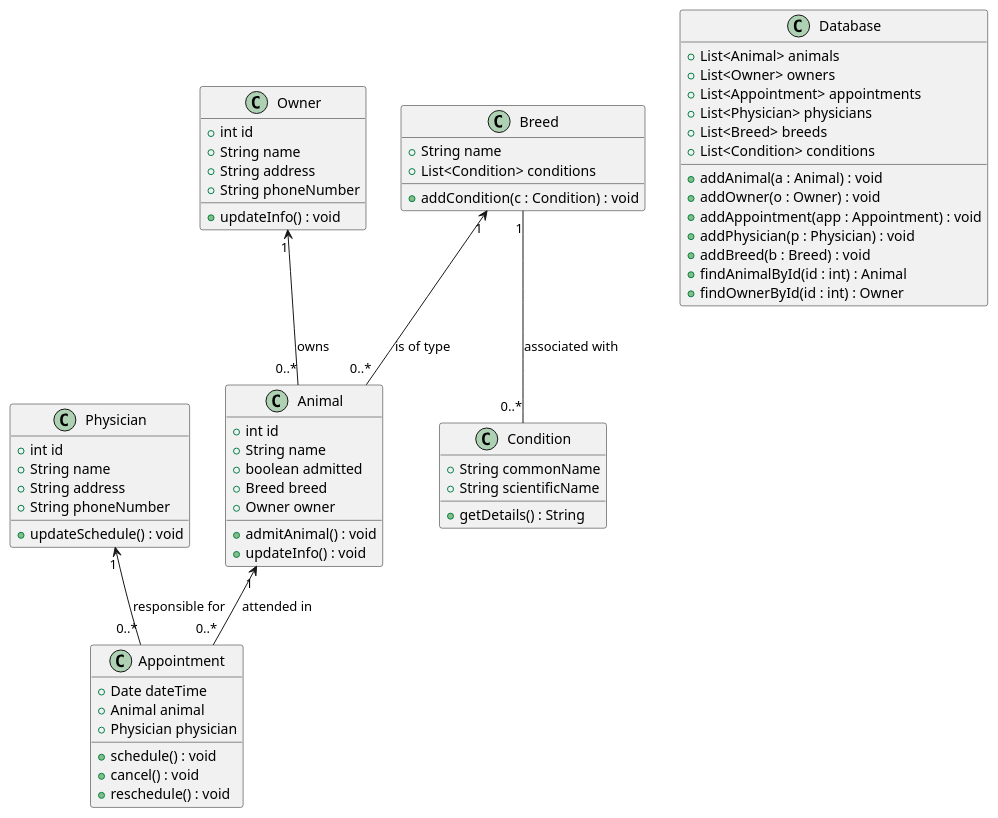
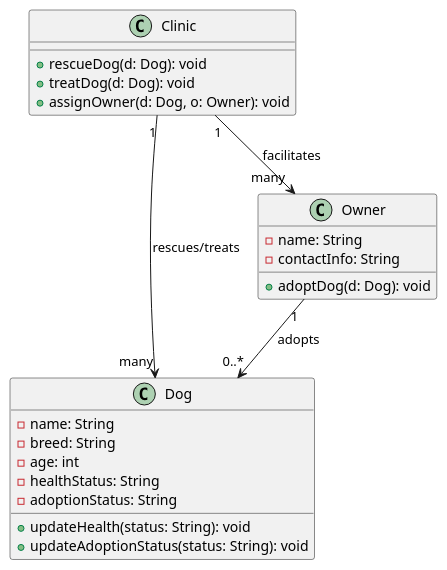
Before and after one commit to RayWP/pfsa-id: the diagram in survey-ud/gen-r-ent-o3-mini/R28_AnimalClinic_class_diagram.puml, drawn with PlantUML. The commit also changed 40 other files, not shown here.

```diff
--- a/survey-ud/gen-r-ent-o3-mini/R28_AnimalClinic_class_diagram.puml
+++ b/survey-ud/gen-r-ent-o3-mini/R28_AnimalClinic_class_diagram.puml
@@ -1,84 +1,33 @@
 @startuml
-' Define classes
 
-class Animal {
-  +int id
-  +String name
-  +boolean admitted
-  +Breed breed
-  +Owner owner
-  +admitAnimal() : void
-  +updateInfo() : void
+' Clinic class that handles dog rescue, treatment, and adoption process
+class Clinic {
+  +rescueDog(d: Dog): void
+  +treatDog(d: Dog): void
+  +assignOwner(d: Dog, o: Owner): void
 }
 
-class Owner {
-  +int id
-  +String name
-  +String address
-  +String phoneNumber
-  +updateInfo() : void
+' Dog class with basic attributes and methods to update its status
+class Dog {
+  -name: String
+  -breed: String
+  -age: int
+  -healthStatus: String
+  -adoptionStatus: String
+  +updateHealth(status: String): void
+  +updateAdoptionStatus(status: String): void
 }
 
-class Appointment {
-  +Date dateTime
-  +Animal animal
-  +Physician physician
-  +schedule() : void
-  +cancel() : void
-  +reschedule() : void
+' Owner class to represent new adopters for the rescued dogs
+class Owner {
+  -name: String
+  -contactInfo: String
+  +adoptDog(d: Dog): void
 }
 
-class Physician {
-  +int id
-  +String name
-  +String address
-  +String phoneNumber
-  +updateSchedule() : void
-}
-
-class Condition {
-  +String commonName
-  +String scientificName
-  +getDetails() : String
-}
-
-' Extra class to represent breed details and store common conditions for that breed
-class Breed {
-  +String name
-  +List<Condition> conditions
-  +addCondition(c : Condition) : void
-}
-
-' Database class that holds collections of all entities
-class Database {
-  +List<Animal> animals
-  +List<Owner> owners
-  +List<Appointment> appointments
-  +List<Physician> physicians
-  +List<Breed> breeds
-  +List<Condition> conditions
-  +addAnimal(a : Animal) : void
-  +addOwner(o : Owner) : void
-  +addAppointment(app : Appointment) : void
-  +addPhysician(p : Physician) : void
-  +addBreed(b : Breed) : void
-  +findAnimalById(id : int) : Animal
-  +findOwnerById(id : int) : Owner
-}
-
-' Relationships
-
-' Each Animal is owned by exactly one Owner; an Owner can have many Animals.
-Owner "1" <-- "0..*" Animal : owns
-
-' Each Animal has a Breed (if any) and a Breed can be associated with many Animals.
-Breed "1" <-- "0..*" Animal : "is of type"
-
-' Each Appointment has one Animal and one Physician.
-Animal "1" <-- "0..*" Appointment : "attended in"
-Physician "1" <-- "0..*" Appointment : "responsible for"
-
-' Each Breed can have multiple Conditions (common conditions)
-Breed "1" -- "0..*" Condition : "associated with"
+' Relationships between classes
+Clinic "1" --> "many" Dog : rescues/treats
+Clinic "1" --> "many" Owner : facilitates
+Owner "1" --> "0..*" Dog : adopts
 
 @enduml
```
